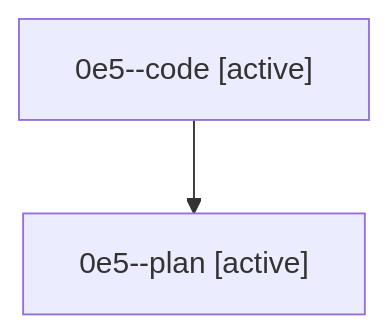
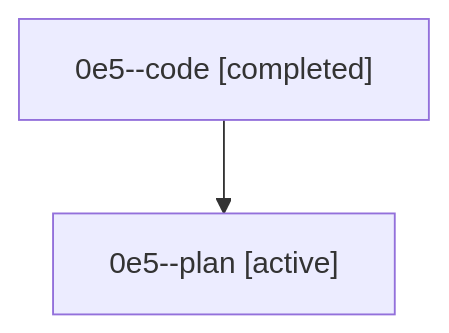
One commit to sase-org/sase--agents changed the diagram in families/bbugyi200.athena.0e5.md. Above: the diagram before and after it, drawn with Mermaid. The commit also changed other lines of this file and 35830 other files, not shown here.

````diff
--- a/families/bbugyi200.athena.0e5.md
+++ b/families/bbugyi200.athena.0e5.md
@@ -9,6 +9,6 @@
 ```mermaid
 flowchart TD
-  n0["0e5--code [active]"]
+  n0["0e5--code [completed]"]
   n1["0e5--plan [active]"]
   n0 --> n1
 ```
````
